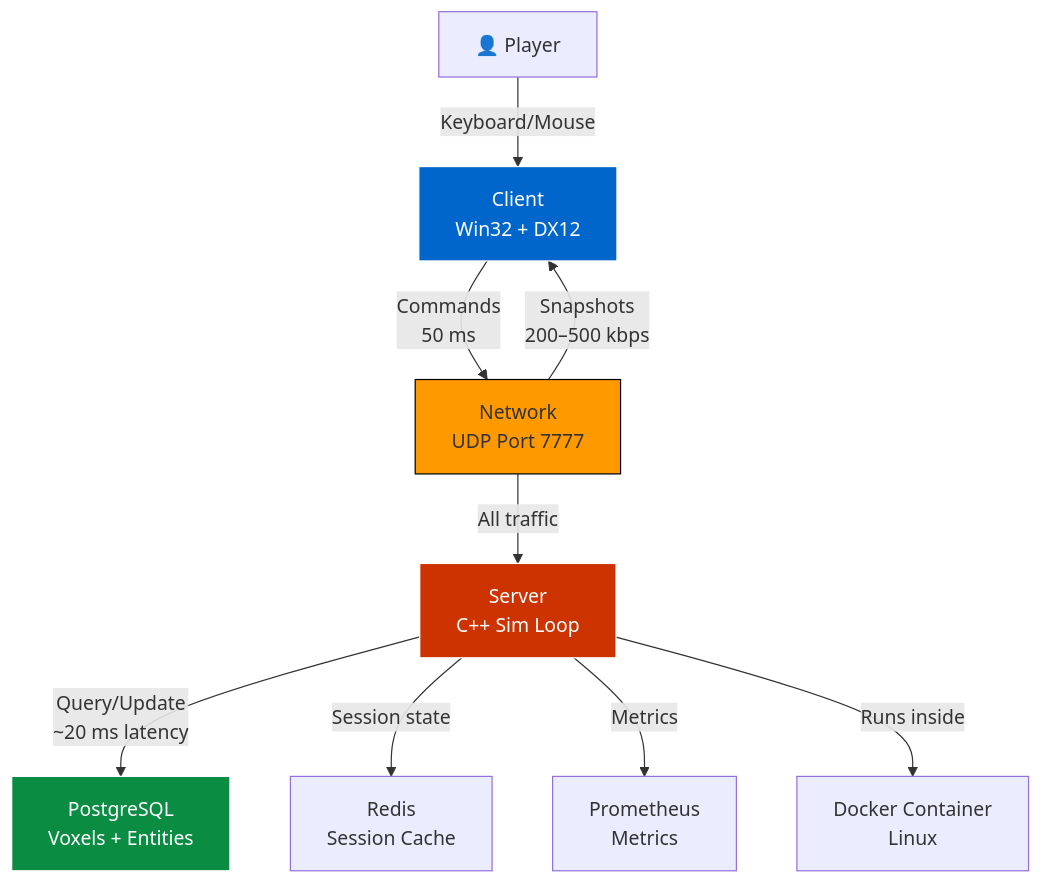
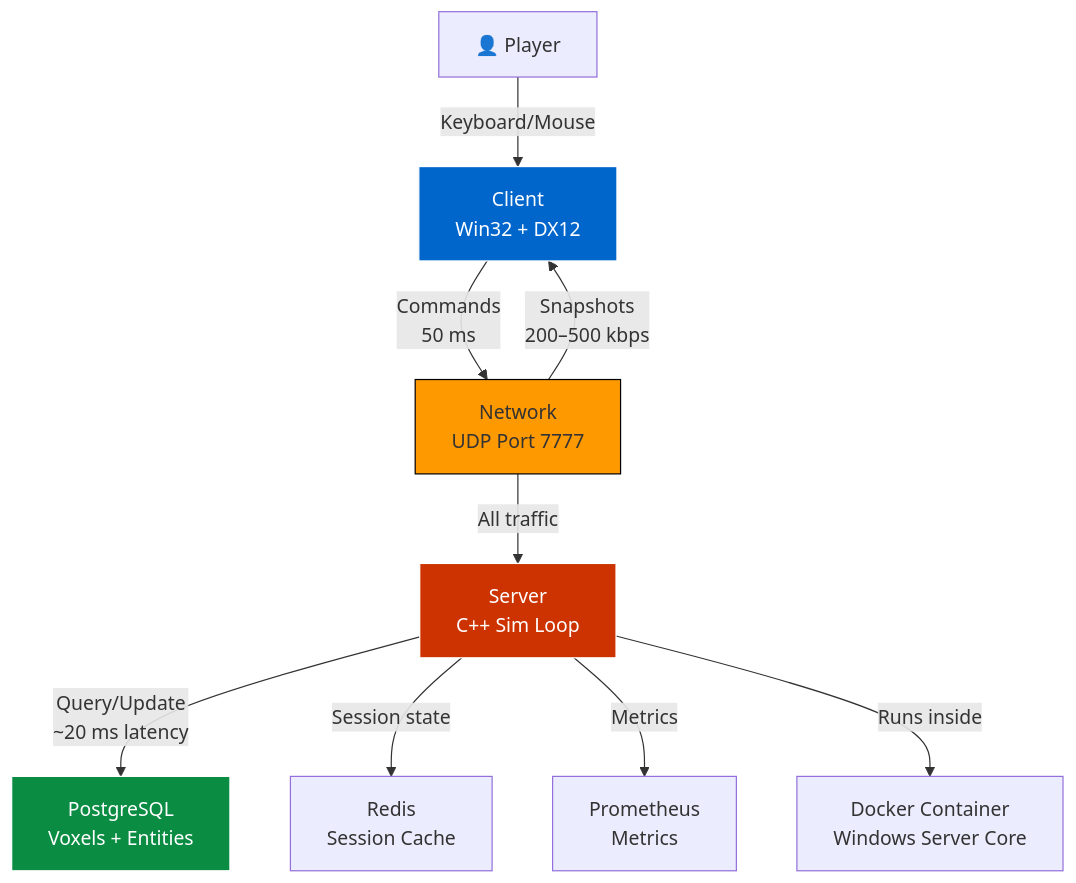
One commit to Zwaliebaba/StarStrike.RTS changed the first of 5 diagrams in StarStrike.md. Above: the diagram before and after it, drawn with Mermaid. The commit also changed other lines of this file and 148 other files, not shown here.

````diff
--- a/StarStrike.md
+++ b/StarStrike.md
@@ -71,25 +71,25 @@
 ```mermaid
 graph TB
     Player["👤 Player"]
     Client["Client<br/>Win32 + DX12"]
     Network["Network<br/>UDP Port 7777"]
     Server["Server<br/>C++ Sim Loop"]
     DB["PostgreSQL<br/>Voxels + Entities"]
     Cache["Redis<br/>Session Cache"]
     Metrics["Prometheus<br/>Metrics"]
-    Container["Docker Container<br/>Linux"]
+    Container["Docker Container<br/>Windows Server Core"]
     
     Player -->|"Keyboard/Mouse"| Client
     Client -->|"Commands<br/>50 ms"| Network
     Network -->|"Snapshots<br/>200–500 kbps"| Client
     Network -->|"All traffic"| Server
     Server -->|"Query/Update<br/>~20 ms latency"| DB
     Server -->|"Session state"| Cache
     Server -->|"Metrics"| Metrics
     Server -->|"Runs inside"| Container
     
     style Client fill:#0066cc,stroke:#fff,color:#fff
     style Server fill:#cc3300,stroke:#fff,color:#fff
     style DB fill:#0a8c42,stroke:#fff,color:#fff
     style Network fill:#ff9900,stroke:#000
 ```
````
